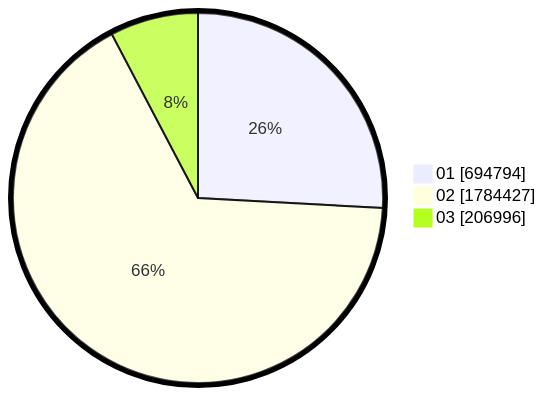
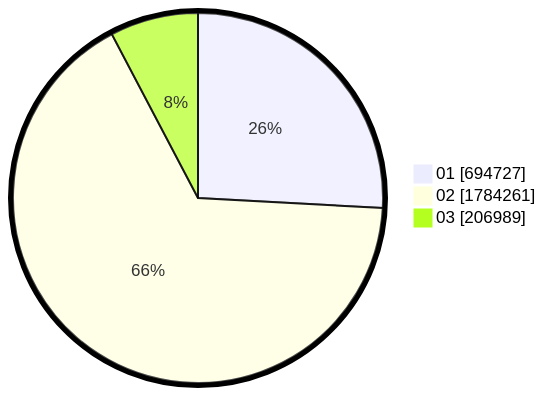
Before and after one commit to gigit-pemilu/pemilu-2024: the second of 2 diagrams in pilpres/hitung-suara/sub/table-wilayah-52.md, drawn with Mermaid. The commit also changed other lines of this file and 5 other files, not shown here.

````diff
--- a/pilpres/hitung-suara/sub/table-wilayah-52.md
+++ b/pilpres/hitung-suara/sub/table-wilayah-52.md
@@ -15,7 +15,7 @@
 ```mermaid
 %%{init: {"pie": {"textPosition": 0.5}, "themeVariables": {"pieOuterStrokeWidth": "5px"}} }%%
 pie showData
-    "01" : 694794
-    "02" : 1784427
-    "03" : 206996
+    "01" : 694727
+    "02" : 1784261
+    "03" : 206989
 ```
````
